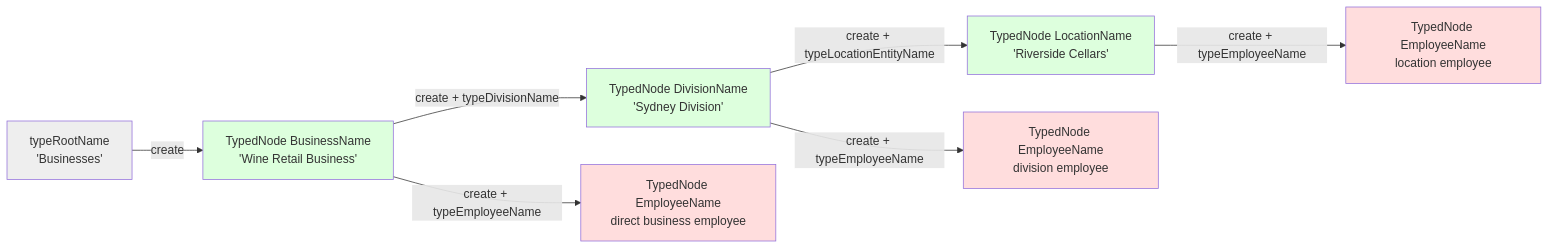
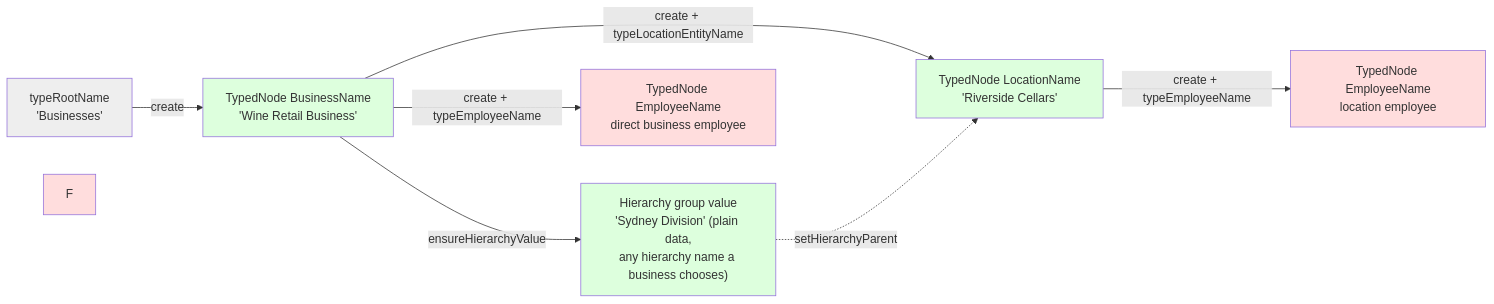
The diagram in docs/diagrams/business-division-location-chain.mmd (relatingdata/SQLite-ledger-ts), drawn with Mermaid before and after one commit. The commit also changed 1 other file, not shown here.

Commit message:
Update multi-dimensional-reporting.md and its diagram for the Division generalization
Documents §14: the Division-named wrappers kept as a transitional layer
in §13 are now gone too — routes/divisions.ts, getDivisions/
getDivisionForAccount/getDivisionForLocation/getProfitAndLossByDivision*
/getLedgerBalancesByDivisionStructural, the org chart's "Belongs To
Division" relationship, getBusinessConfigurationReport's hardcoded
Division branch, and the frontend's three dedicated Division
components — all retired in favor of their generic Hierarchy
equivalents. Updates the business/division/location chain diagram to
show Division as a plain Hierarchy group value (ensureHierarchyValue +
setHierarchyParent) rather than a dedicated typeDivisionName entity.

Claude-Session: https://claude.ai/code/session_01JJ5A5e8ojLt3ZR1Gt9BpCQ

```diff
--- a/docs/diagrams/business-division-location-chain.mmd
+++ b/docs/diagrams/business-division-location-chain.mmd
@@ -1,15 +1,15 @@
 graph LR
     A["typeRootName<br/>'Businesses'"] -->|create| B["TypedNode BusinessName<br/>'Wine Retail Business'"]
-    B -->|create + typeDivisionName| C["TypedNode DivisionName<br/>'Sydney Division'"]
-    C -->|create + typeLocationEntityName| D["TypedNode LocationName<br/>'Riverside Cellars'"]
+    B -->|ensureHierarchyValue| C["Hierarchy group value<br/>'Sydney Division' (plain data,<br/>any hierarchy name a business chooses)"]
+    B -->|create + typeLocationEntityName| D["TypedNode LocationName<br/>'Riverside Cellars'"]
+    C -.->|setHierarchyParent| D
     B -->|create + typeEmployeeName| E["TypedNode EmployeeName<br/>direct business employee"]
-    C -->|create + typeEmployeeName| F["TypedNode EmployeeName<br/>division employee"]
     D -->|create + typeEmployeeName| G["TypedNode EmployeeName<br/>location employee"]
 
     style A fill:#eee
     style B fill:#dfd
     style C fill:#dfd
     style D fill:#dfd
     style E fill:#fdd
     style F fill:#fdd
     style G fill:#fdd
```
